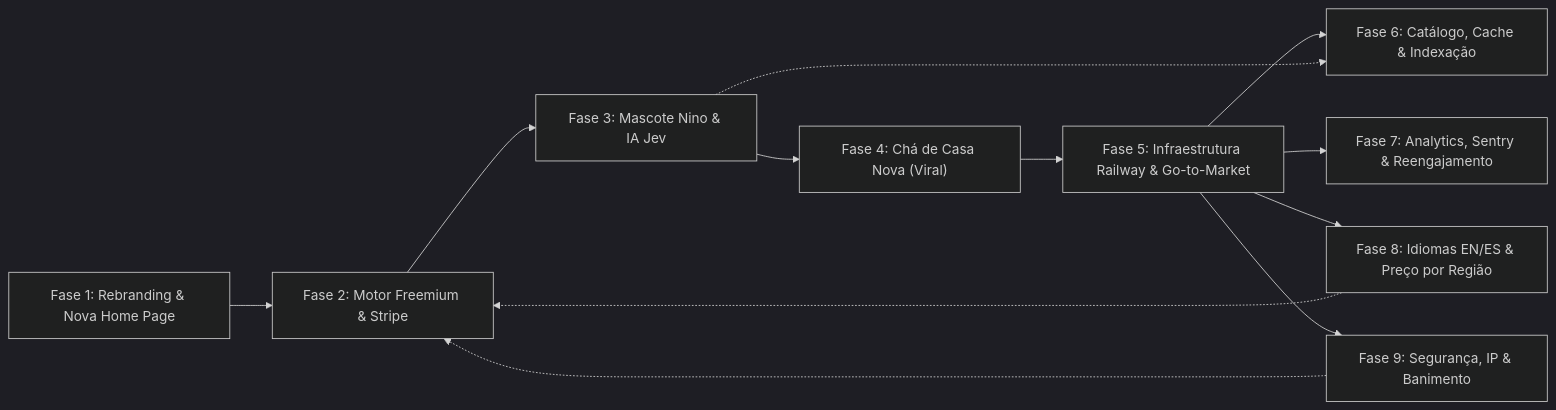
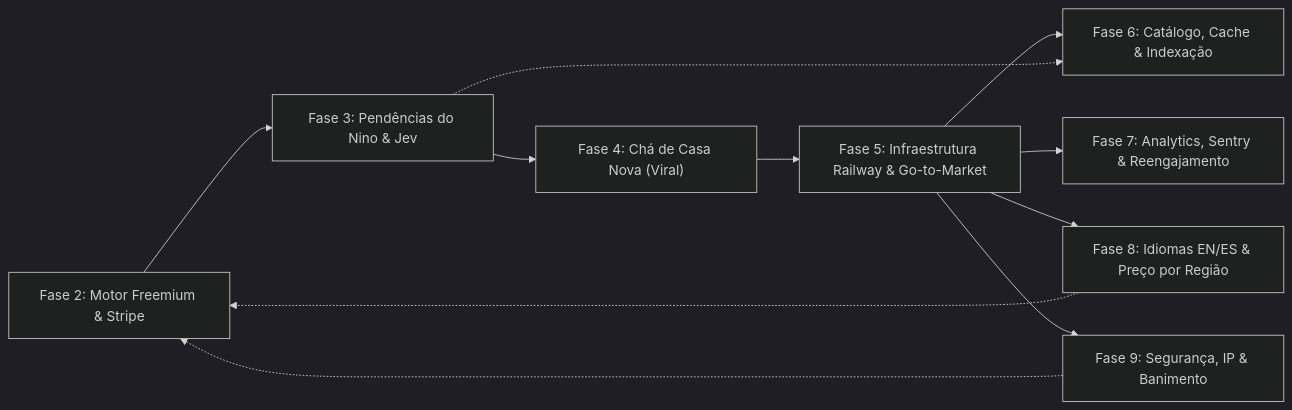
The diagram in docs/implementacoes-futuras.md (joaov-meneses/enxoval-de-casa-nova), drawn with Mermaid (dark theme) before and after one commit. The commit also changed other lines of this file and 23 other files, not shown here.

````diff
--- a/docs/implementacoes-futuras.md
+++ b/docs/implementacoes-futuras.md
@@ -32,14 +39,13 @@
 ```mermaid
 flowchart LR
-    Fase1["Fase 1: Rebranding & Nova Home Page"] --> Fase2["Fase 2: Motor Freemium & Stripe"]
-    Fase2 --> Fase3["Fase 3: Mascote Nino & IA Jev"]
+    Fase2["Fase 2: Motor Freemium & Stripe"] --> Fase3["Fase 3: Pendências do Nino & Jev"]
     Fase3 --> Fase4["Fase 4: Chá de Casa Nova (Viral)"]
     Fase4 --> Fase5["Fase 5: Infraestrutura Railway & Go-to-Market"]
     Fase5 --> Fase6["Fase 6: Catálogo, Cache & Indexação"]
     Fase3 -.-> Fase6
     Fase5 --> Fase7["Fase 7: Analytics, Sentry & Reengajamento"]
     Fase5 --> Fase8["Fase 8: Idiomas EN/ES & Preço por Região"]
     Fase5 --> Fase9["Fase 9: Segurança, IP & Banimento"]
     Fase9 -.-> Fase2
     Fase8 -.-> Fase2
 ```
````
